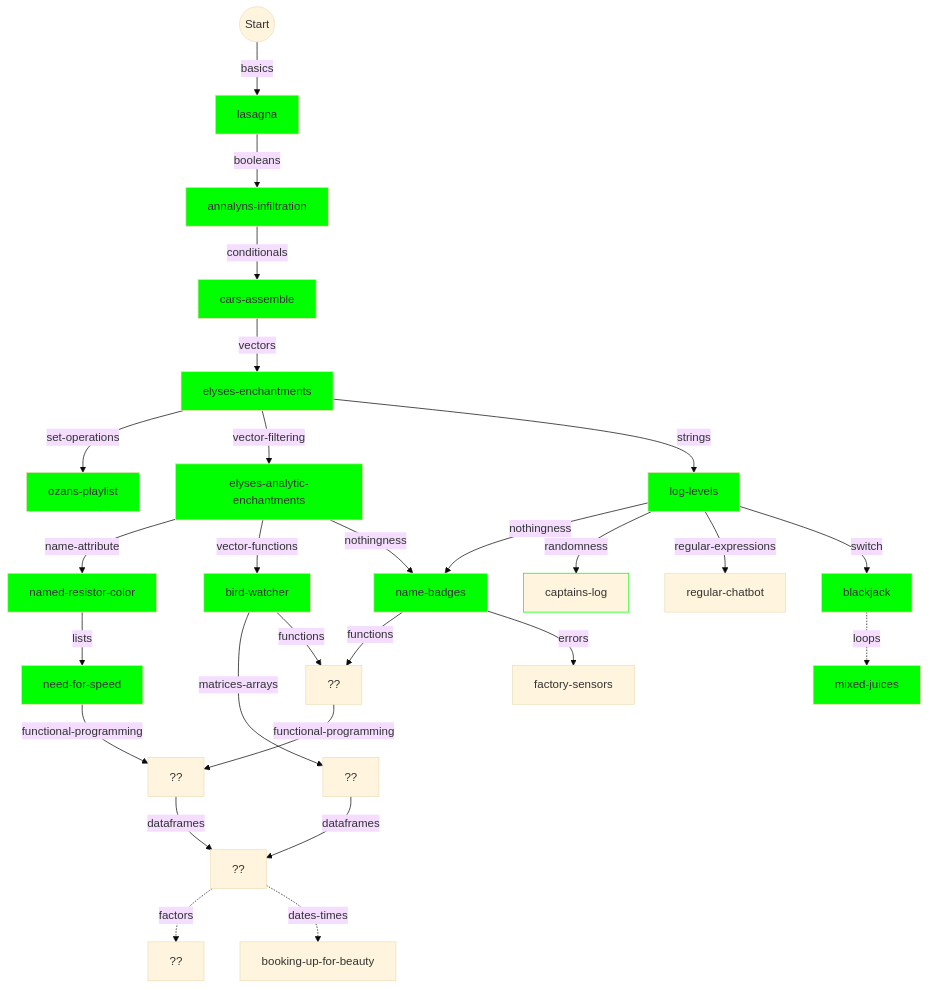
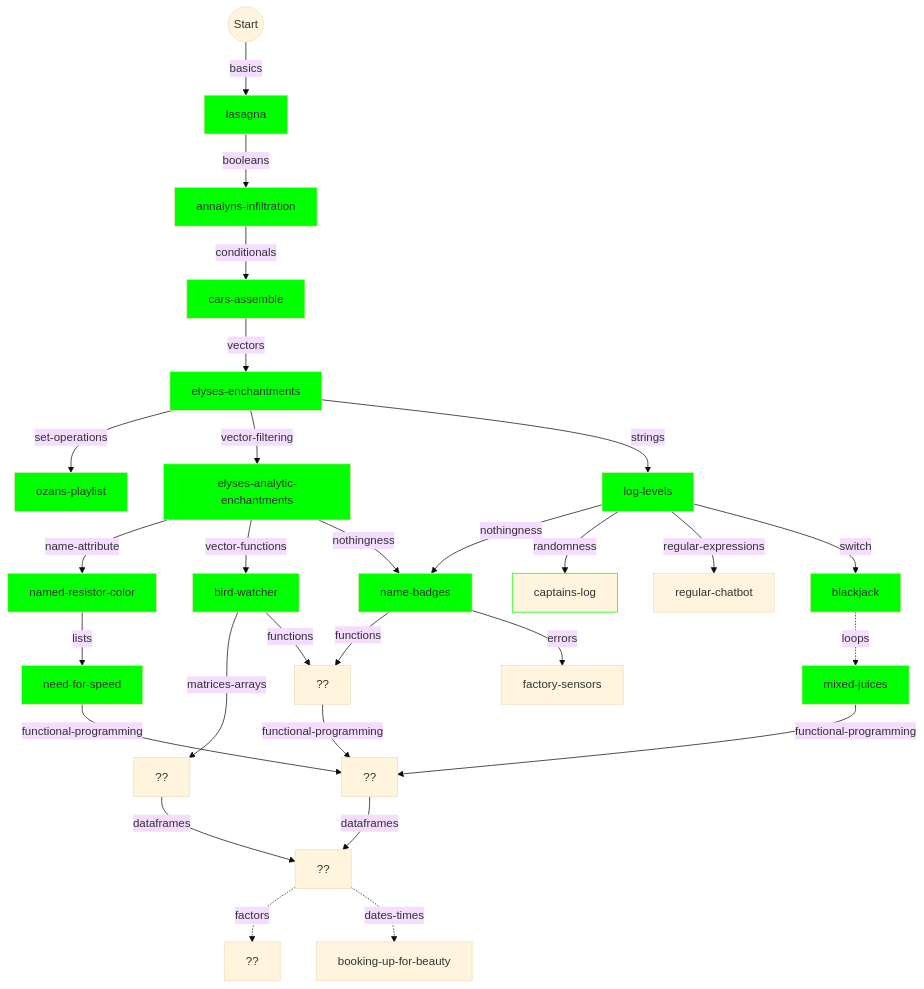
One commit to colinleach/learning-track-doodles changed the first of 2 diagrams in r/flowchart.md. Above: the diagram before and after it, drawn with Mermaid (base theme). The commit also changed 1 other file, not shown here.

````diff
--- a/r/flowchart.md
+++ b/r/flowchart.md
@@ -10,68 +10,68 @@
 ```mermaid
 graph TD
     
 start(("Start")) --basics--> basics["lasagna"]
 style basics fill:#0f0
 
 basics --booleans--> booleans["annalyns-infiltration"]
 style booleans fill:#0f0
 
 booleans --conditionals--> conditionals["cars-assemble"]
 style conditionals fill:#0f0
 
 conditionals --vectors--> vectors["elyses-enchantments"]
 style vectors fill:#0f0
 
 switch -.loops.-> loops["mixed-juices"]
 style loops fill:#0f0
 
 vectors --set-operations--> set-operations["ozans-playlist"]
 style set-operations fill:#0f0
 
 name-attribute --lists--> lists["need-for-speed"]
 style lists fill:#0f0
 
 vectors --vector-filtering--> vector-filtering["elyses-analytic-enchantments"]
 style vector-filtering fill:#0f0
 
 vector-filtering --name-attribute--> name-attribute["named-resistor-color"]
 style name-attribute fill:#0f0
 
 vector-filtering --vector-functions--> vector-functions["bird-watcher"]
 style vector-functions fill:#0f0
 
 vectors --strings--> strings["log-levels"]
 style strings fill:#0f0
 
 vector-filtering --nothingness--> nothingness["name-badges"]
 strings --nothingness--> nothingness["name-badges"]
 style nothingness fill:#0f0
 
 strings --randomness--> randomness["captains-log"]
 style randomness stroke:#0f0
 
 strings --regular-expressions--> regular-expressions["regular-chatbot"]
 
 strings --switch--> switch["blackjack"]
 style switch fill:#0f0
 
 lists --functional-programming--> functional-programming["??"]
-
 functions --functional-programming--> functional-programming["??"]
+loops --functional-programming--> functional-programming["??"]
 
 vector-functions --matrices-arrays--> matrices-arrays["??"]
 
 functional-programming --dataframes--> dataframes["??"]
 
 matrices-arrays --dataframes--> dataframes
 
 dataframes -.factors.-> factors["??"]
 
 dataframes -.dates-times.-> dates-times["booking-up-for-beauty"]
 
 vector-functions --functions--> functions["??"]
 nothingness --functions--> functions["??"]
 
 nothingness --errors--> errors["factory-sensors "]
 
 ```
````
